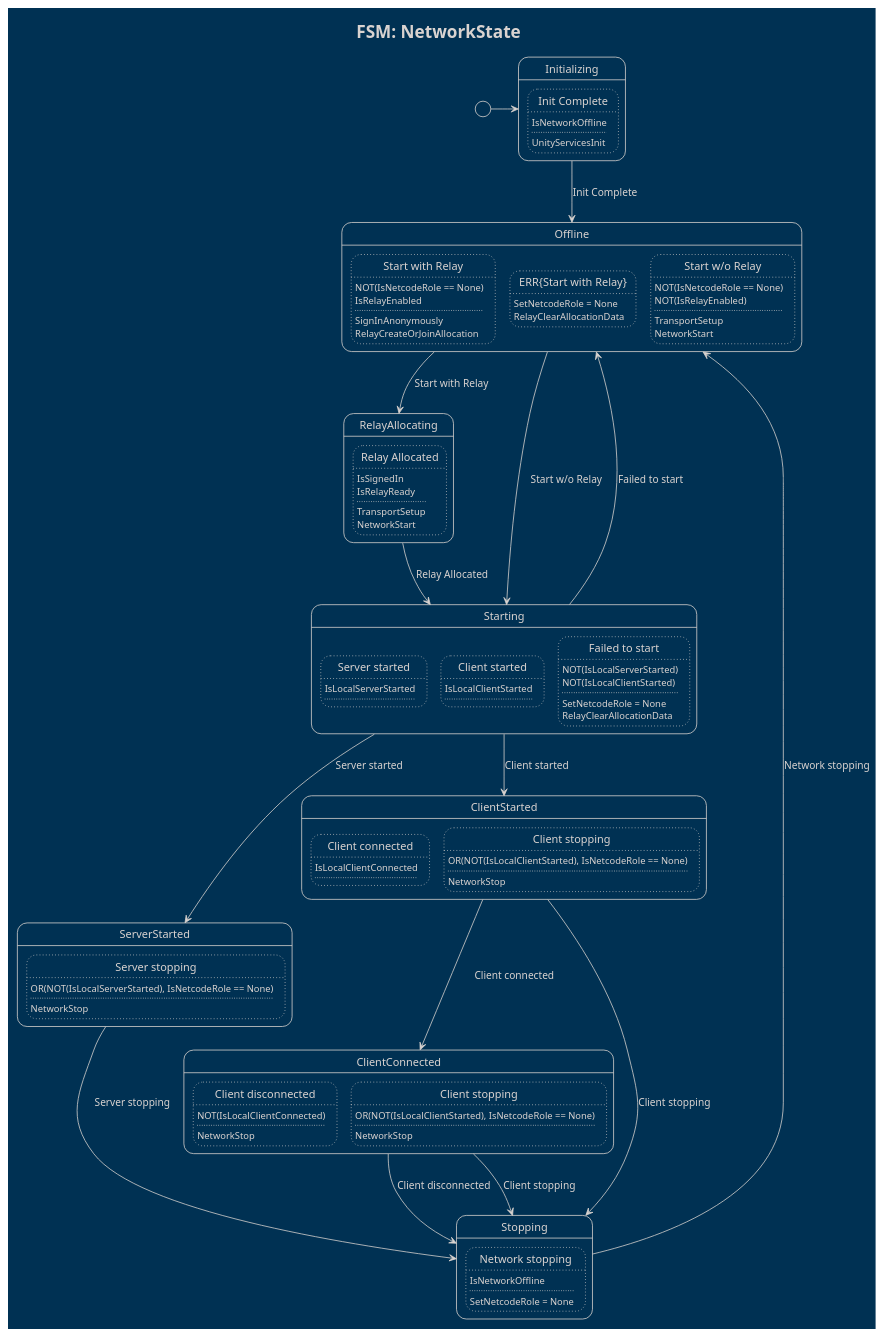
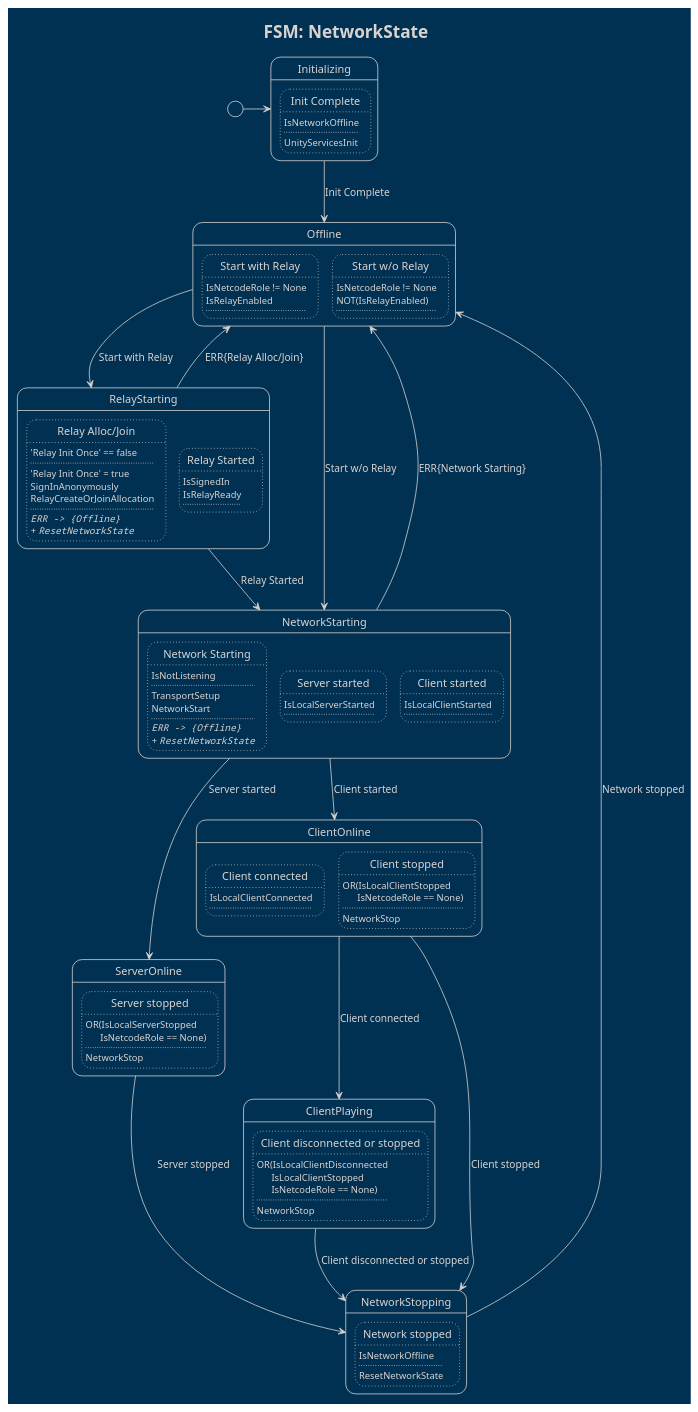
One commit to CodeSmile-0000011110110111/WriteBetterNetcode changed the diagram in PlantUML Diagrams/CodeSmile.BetterNetcode.Network.NetworkState.puml. Above: the diagram before and after it, drawn with PlantUML. The commit also changed 27 other files, not shown here.

```diff
--- a/PlantUML Diagrams/CodeSmile.BetterNetcode.Network.NetworkState.puml
+++ b/PlantUML Diagrams/CodeSmile.BetterNetcode.Network.NetworkState.puml
@@ -1,138 +1,134 @@
 @startuml
 
 !theme blueprint
 hide empty description
 
 title FSM: NetworkState
 
 state "Initializing" as state0
 state state0 {
 	state "Init Complete" as state0_trans0
 	state state0_trans0 #line.dotted {
 		state0_trans0 : IsNetworkOffline
 		state0_trans0 : ....
 		state0_trans0 : UnityServicesInit
 	}
 }
 state "Offline" as state1
 state state1 {
 	state "Start with Relay" as state1_trans0
 	state state1_trans0 #line.dotted {
-		state1_trans0 : NOT(IsNetcodeRole == None)
+		state1_trans0 : IsNetcodeRole != None
 		state1_trans0 : IsRelayEnabled
 		state1_trans0 : ....
-		state1_trans0 : SignInAnonymously
-		state1_trans0 : RelayCreateOrJoinAllocation
-	}
-	state "ERR{Start with Relay}" as state1_err_trans0
-	state state1_err_trans0 #line.dotted {
-		state1_err_trans0 : SetNetcodeRole = None
-		state1_err_trans0 : RelayClearAllocationData
 	}
 	state "Start w/o Relay" as state1_trans1
 	state state1_trans1 #line.dotted {
-		state1_trans1 : NOT(IsNetcodeRole == None)
+		state1_trans1 : IsNetcodeRole != None
 		state1_trans1 : NOT(IsRelayEnabled)
 		state1_trans1 : ....
-		state1_trans1 : TransportSetup
-		state1_trans1 : NetworkStart
 	}
 }
-state "RelayAllocating" as state2
+state "RelayStarting" as state2
 state state2 {
-	state "Relay Allocated" as state2_trans0
+	state "Relay Alloc/Join" as state2_trans0
 	state state2_trans0 #line.dotted {
-		state2_trans0 : IsSignedIn
-		state2_trans0 : IsRelayReady
+		state2_trans0 : 'Relay Init Once' == false
 		state2_trans0 : ....
-		state2_trans0 : TransportSetup
-		state2_trans0 : NetworkStart
+		state2_trans0 : 'Relay Init Once' = true
+		state2_trans0 : SignInAnonymously
+		state2_trans0 : RelayCreateOrJoinAllocation
+		state2_trans0 : ....
+		state2_trans0 : ==== ""ERR -> {Offline}""
+		state2_trans0 : ==== + ""ResetNetworkState""
+	}
+	state "Relay Started" as state2_trans1
+	state state2_trans1 #line.dotted {
+		state2_trans1 : IsSignedIn
+		state2_trans1 : IsRelayReady
+		state2_trans1 : ....
 	}
 }
-state "Starting" as state3
+state "NetworkStarting" as state3
 state state3 {
-	state "Server started" as state3_trans0
+	state "Network Starting" as state3_trans0
 	state state3_trans0 #line.dotted {
-		state3_trans0 : IsLocalServerStarted
+		state3_trans0 : IsNotListening
 		state3_trans0 : ....
+		state3_trans0 : TransportSetup
+		state3_trans0 : NetworkStart
+		state3_trans0 : ....
+		state3_trans0 : ==== ""ERR -> {Offline}""
+		state3_trans0 : ==== + ""ResetNetworkState""
 	}
-	state "Client started" as state3_trans1
+	state "Server started" as state3_trans1
 	state state3_trans1 #line.dotted {
-		state3_trans1 : IsLocalClientStarted
+		state3_trans1 : IsLocalServerStarted
 		state3_trans1 : ....
 	}
-	state "Failed to start" as state3_trans2
+	state "Client started" as state3_trans2
 	state state3_trans2 #line.dotted {
-		state3_trans2 : NOT(IsLocalServerStarted)
-		state3_trans2 : NOT(IsLocalClientStarted)
+		state3_trans2 : IsLocalClientStarted
 		state3_trans2 : ....
-		state3_trans2 : SetNetcodeRole = None
-		state3_trans2 : RelayClearAllocationData
 	}
 }
-state "ServerStarted" as state4
+state "ServerOnline" as state4
 state state4 {
-	state "Server stopping" as state4_trans0
+	state "Server stopped" as state4_trans0
 	state state4_trans0 #line.dotted {
-		state4_trans0 : OR(NOT(IsLocalServerStarted), IsNetcodeRole == None)
+		state4_trans0 : OR(IsLocalServerStopped\n      IsNetcodeRole == None)
 		state4_trans0 : ....
 		state4_trans0 : NetworkStop
 	}
 }
-state "ClientStarted" as state5
+state "ClientOnline" as state5
 state state5 {
 	state "Client connected" as state5_trans0
 	state state5_trans0 #line.dotted {
 		state5_trans0 : IsLocalClientConnected
 		state5_trans0 : ....
 	}
-	state "Client stopping" as state5_trans1
+	state "Client stopped" as state5_trans1
 	state state5_trans1 #line.dotted {
-		state5_trans1 : OR(NOT(IsLocalClientStarted), IsNetcodeRole == None)
+		state5_trans1 : OR(IsLocalClientStopped\n      IsNetcodeRole == None)
 		state5_trans1 : ....
 		state5_trans1 : NetworkStop
 	}
 }
-state "ClientConnected" as state6
+state "ClientPlaying" as state6
 state state6 {
-	state "Client disconnected" as state6_trans0
+	state "Client disconnected or stopped" as state6_trans0
 	state state6_trans0 #line.dotted {
-		state6_trans0 : NOT(IsLocalClientConnected)
+		state6_trans0 : OR(IsLocalClientDisconnected\n      IsLocalClientStopped\n      IsNetcodeRole == None)
 		state6_trans0 : ....
 		state6_trans0 : NetworkStop
 	}
-	state "Client stopping" as state6_trans1
-	state state6_trans1 #line.dotted {
-		state6_trans1 : OR(NOT(IsLocalClientStarted), IsNetcodeRole == None)
-		state6_trans1 : ....
-		state6_trans1 : NetworkStop
-	}
 }
-state "Stopping" as state7
+state "NetworkStopping" as state7
 state state7 {
-	state "Network stopping" as state7_trans0
+	state "Network stopped" as state7_trans0
 	state state7_trans0 #line.dotted {
 		state7_trans0 : IsNetworkOffline
 		state7_trans0 : ....
-		state7_trans0 : SetNetcodeRole = None
+		state7_trans0 : ResetNetworkState
 	}
 }
 
 
 [*] -> state0
 state0 --> state1 : Init Complete
 state1 --> state2 : Start with Relay
 state1 --> state3 : Start w/o Relay
-state2 --> state3 : Relay Allocated
+state2 --> state1 : ERR{Relay Alloc/Join}
+state2 --> state3 : Relay Started
+state3 --> state1 : ERR{Network Starting}
 state3 --> state4 : Server started
 state3 --> state5 : Client started
-state3 --> state1 : Failed to start
-state4 --> state7 : Server stopping
+state4 --> state7 : Server stopped
 state5 --> state6 : Client connected
-state5 --> state7 : Client stopping
-state6 --> state7 : Client disconnected
-state6 --> state7 : Client stopping
-state7 --> state1 : Network stopping
+state5 --> state7 : Client stopped
+state6 --> state7 : Client disconnected or stopped
+state7 --> state1 : Network stopped
 
 
 @enduml
```
